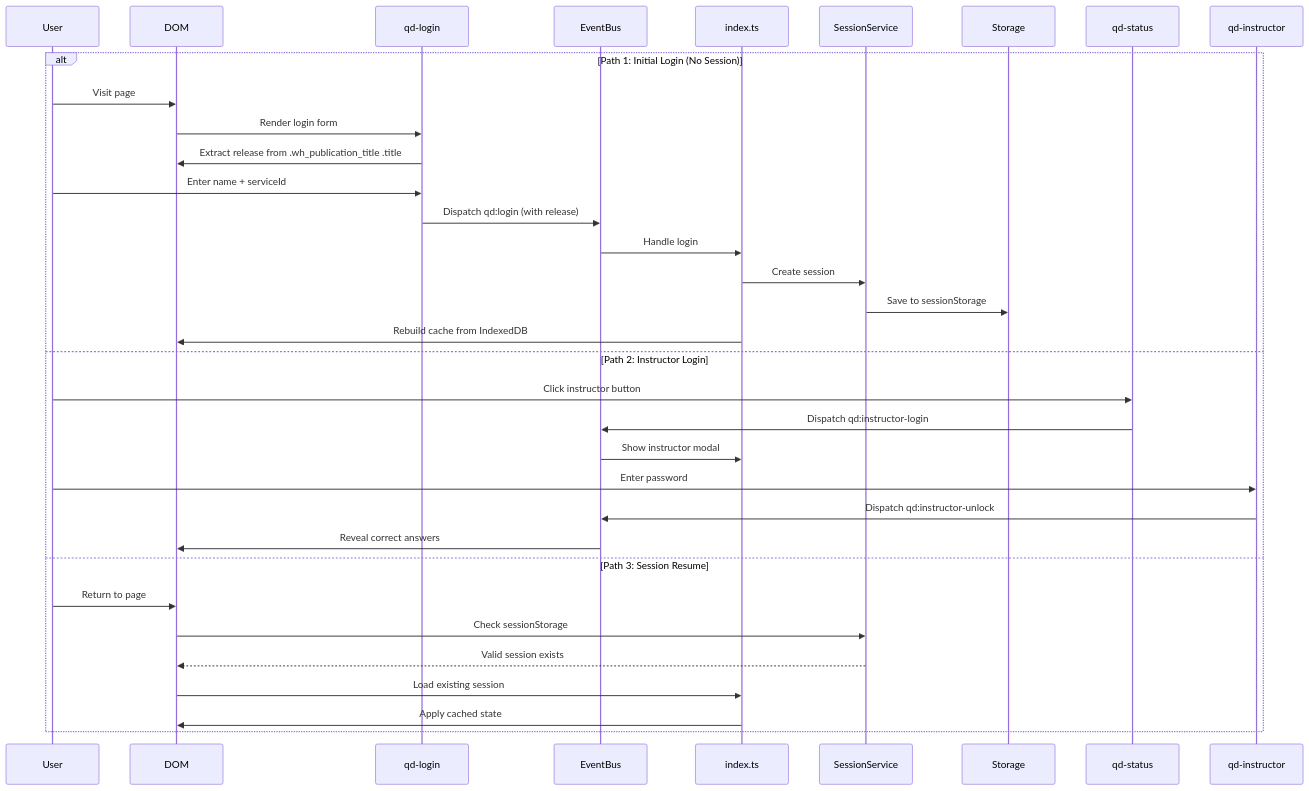
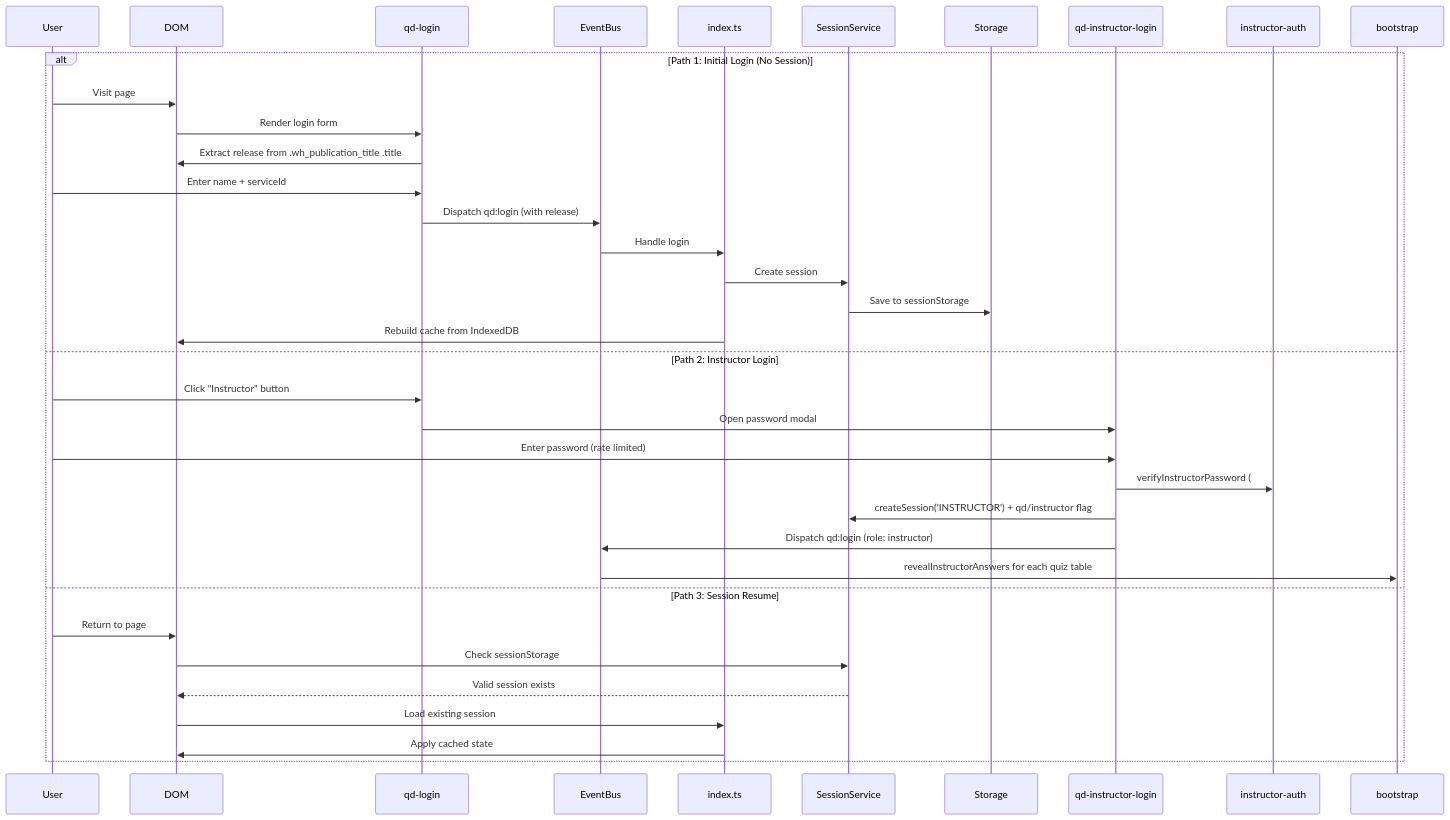
One commit to DeepBlueCLtd/BrowserTest changed the second of 7 diagrams in ARCHITECTURE_FLOWS.md. Above: the diagram before and after it, drawn with Mermaid. The commit also changed other lines of this file and 17 other files, not shown here.

````diff
--- a/ARCHITECTURE_FLOWS.md
+++ b/ARCHITECTURE_FLOWS.md
@@ -95,35 +101,36 @@
 ```mermaid
 sequenceDiagram
     participant User
     participant DOM
     participant qd-login
     participant EventBus
     participant index.ts
     participant SessionService
     participant Storage
 
     alt Path 1: Initial Login (No Session)
         User->>DOM: Visit page
         DOM->>qd-login: Render login form
         qd-login->>DOM: Extract release from .wh_publication_title .title
         User->>qd-login: Enter name + serviceId
         qd-login->>EventBus: Dispatch qd:login (with release)
         EventBus->>index.ts: Handle login
         index.ts->>SessionService: Create session
         SessionService->>Storage: Save to sessionStorage
         index.ts->>DOM: Rebuild cache from IndexedDB
     else Path 2: Instructor Login
-        User->>qd-status: Click instructor button
-        qd-status->>EventBus: Dispatch qd:instructor-login
-        EventBus->>index.ts: Show instructor modal
-        User->>qd-instructor: Enter password
-        qd-instructor->>EventBus: Dispatch qd:instructor-unlock
-        EventBus->>DOM: Reveal correct answers
+        User->>qd-login: Click "Instructor" button
+        qd-login->>qd-instructor-login: Open password modal
+        User->>qd-instructor-login: Enter password (rate limited)
+        qd-instructor-login->>instructor-auth: verifyInstructorPassword (#qd-instructor-hash)
+        qd-instructor-login->>SessionService: createSession('INSTRUCTOR') + qd/instructor flag
+        qd-instructor-login->>EventBus: Dispatch qd:login (role: instructor)
+        EventBus->>bootstrap: revealInstructorAnswers for each quiz table
     else Path 3: Session Resume
         User->>DOM: Return to page
         DOM->>SessionService: Check sessionStorage
         SessionService-->>DOM: Valid session exists
         DOM->>index.ts: Load existing session
         index.ts->>DOM: Apply cached state
     end
 ```
````
